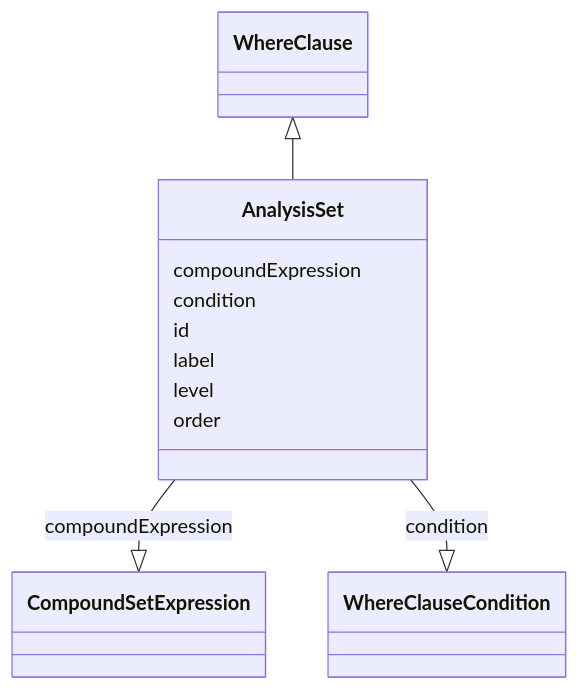
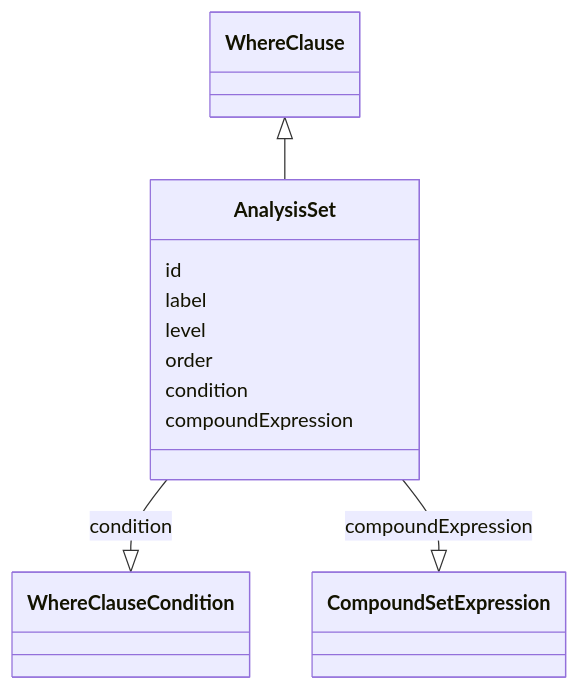
Before and after one commit to cdisc-org/analysis-results-standard: the diagram in project/docs/AnalysisSet.md, drawn with Mermaid. The commit also changed other lines of this file and 192 other files, not shown here.

````diff
--- a/project/docs/AnalysisSet.md
+++ b/project/docs/AnalysisSet.md
@@ -15,23 +13,15 @@
 ```mermaid
  classDiagram
     class AnalysisSet
       WhereClause <|-- AnalysisSet
-      
-      AnalysisSet : compoundExpression
+
+      AnalysisSet : id
+        AnalysisSet : label
+        AnalysisSet : level
+        AnalysisSet : order
+        AnalysisSet : condition
+        AnalysisSet --|> WhereClauseCondition : condition
+        AnalysisSet : compoundExpression
+        AnalysisSet --|> CompoundSetExpression : compoundExpression
         
-          AnalysisSet --|> CompoundSetExpression : compoundExpression
-        
-      AnalysisSet : condition
-        
-          AnalysisSet --|> WhereClauseCondition : condition
-        
-      AnalysisSet : id
-        
-      AnalysisSet : label
-        
-      AnalysisSet : level
-        
-      AnalysisSet : order
-        
-      
 ```
````
